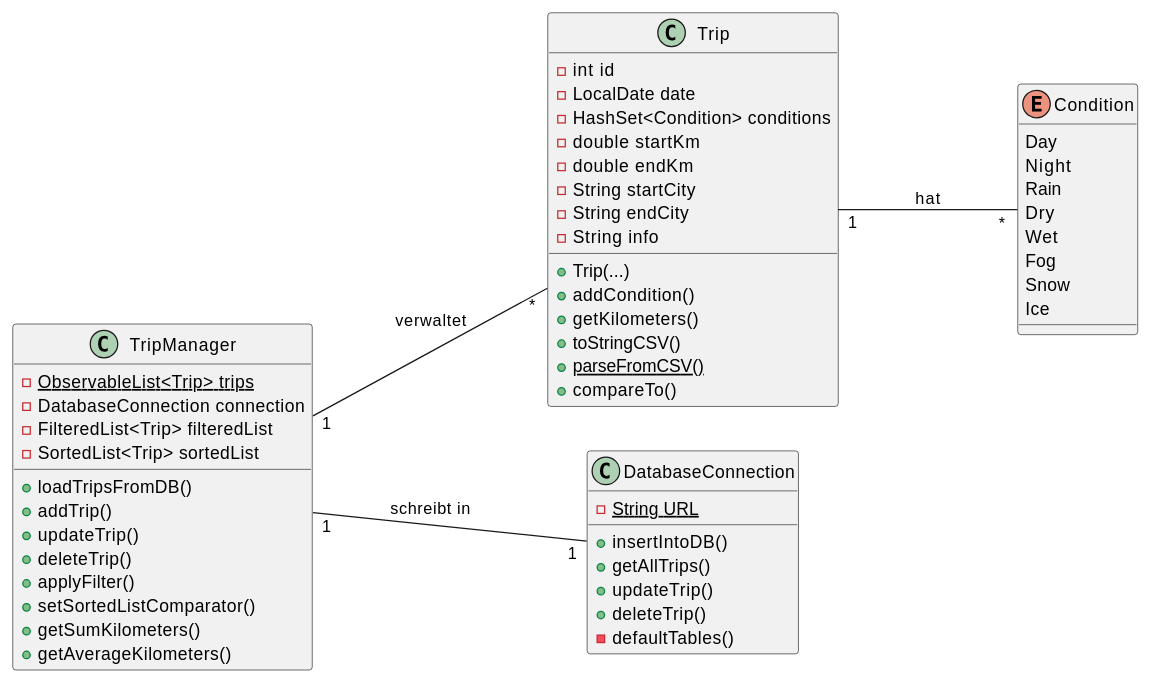
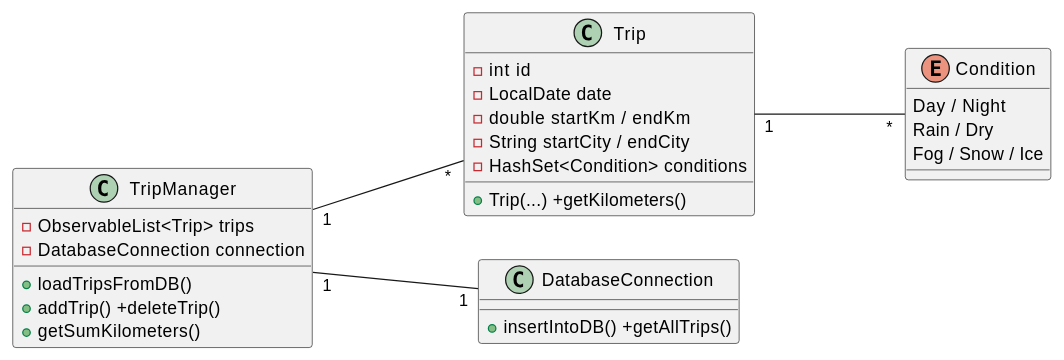
Before and after one commit to JBrunnerhtl/Driving_Tracker_Java_Docs: the second of 3 diagrams in asciidocs/slides/presentation.adoc, drawn with PlantUML. The commit also changed other lines of this file and 2 other files, not shown here.

Commit message:
fixed useCase diagram and presentation.adoc

```diff
--- a/asciidocs/slides/presentation.adoc
+++ b/asciidocs/slides/presentation.adoc
@@ -137,66 +128,40 @@
-[plantuml, classdia, svg, width=100%, height=600]
+[plantuml, classdia, svg, width=90%, height=500]
 ----
 @startuml
 left to right direction
 
 class Trip {
     -int id
     -LocalDate date
+    -double startKm / endKm
+    -String startCity / endCity
     -HashSet<Condition> conditions
-    -double startKm
-    -double endKm
-    -String startCity
-    -String endCity
-    -String info
     
-    +Trip(...)
-    +addCondition()
-    +getKilometers()
-    +toStringCSV()
-    +{static}parseFromCSV()
-    +compareTo()
+    +Trip(...) +getKilometers()
 }
 
 class TripManager {
-    {static}-ObservableList<Trip> trips
+    -ObservableList<Trip> trips
     -DatabaseConnection connection
-    -FilteredList<Trip> filteredList
-    -SortedList<Trip> sortedList
     
     +loadTripsFromDB()
-    +addTrip()
-    +updateTrip()
-    +deleteTrip()
-    +applyFilter()
-    +setSortedListComparator()
+    +addTrip() +deleteTrip()
     +getSumKilometers()
-    +getAverageKilometers()
 }
 
 class DatabaseConnection {
-    {static}-String URL
-    
-    +insertIntoDB()
-    +getAllTrips()
-    +updateTrip()
-    +deleteTrip()
-    -defaultTables()
+    +insertIntoDB() +getAllTrips()
 }
 
 enum Condition {
-    Day
-    Night
-    Rain
-    Dry
-    Wet
-    Fog
-    Snow
-    Ice
+    Day / Night
+    Rain / Dry
+    Fog / Snow / Ice
 }
 
-Trip "1" --- "*" Condition : hat
-TripManager "1" --- "*" Trip : verwaltet
-TripManager "1" --- "1" DatabaseConnection : schreibt in
+Trip "1" --- "*" Condition
+TripManager "1" --- "*" Trip
+TripManager "1" --- "1" DatabaseConnection
 
 @enduml
 ----
```
